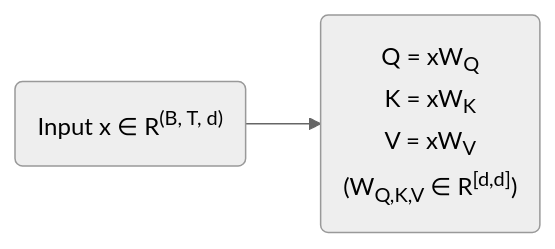
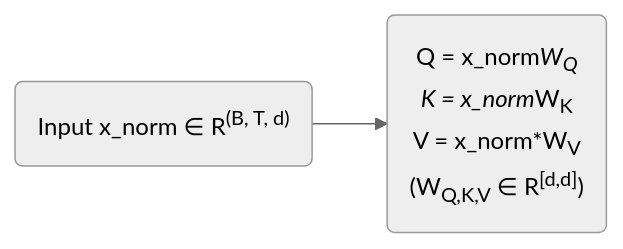
The seventh of 8 diagrams in docs/llm-essential-forward-pass.md (ChrisZhu2050/chriszhu2050.github.io), drawn with Mermaid (neutral theme) before and after one commit. The commit also changed other lines of this file and 2 other files, not shown here.

````diff
--- a/docs/llm-essential-forward-pass.md
+++ b/docs/llm-essential-forward-pass.md
@@ -173,11 +176,11 @@
         ```mermaid
               graph LR
-                  A("`Input                   x ∈ R<sup>(B, T, d)</sup>
+                  A("`Input                   x_norm ∈ R<sup>(B, T, d)</sup>
                   `") --> 
-                  B("`Q = xW<sub>Q</sub> 
-                  K = xW<sub>K</sub>
-                  V = xW<sub>V</sub>
+                  B("`Q = x_norm*W<sub>Q</sub> 
+                  K = x_norm*W<sub>K</sub>
+                  V = x_norm*W<sub>V</sub>
                   (W<sub>Q,K,V</sub> ∈ R<sup>[d,d]</sup>)
                   
                   `") 
           ```  
````
